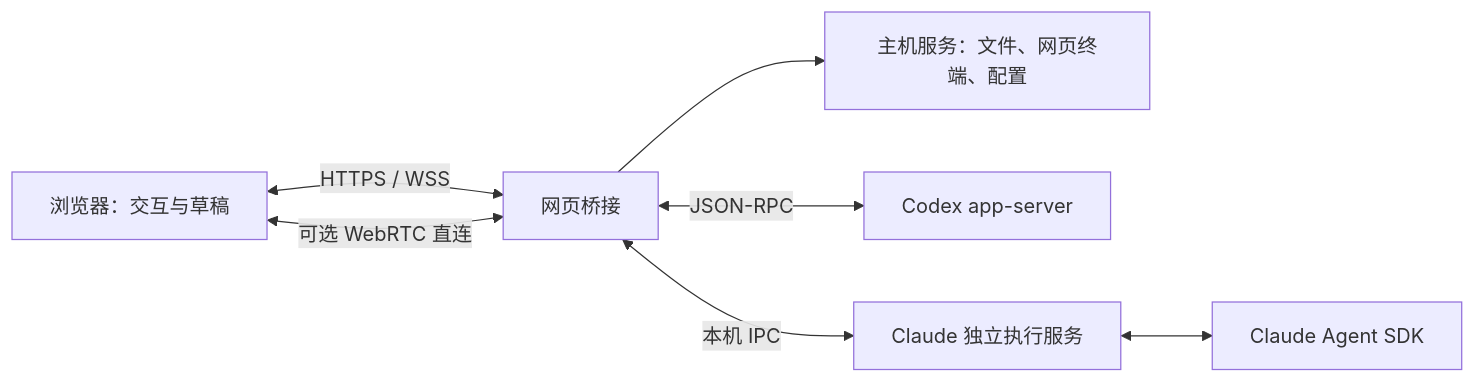
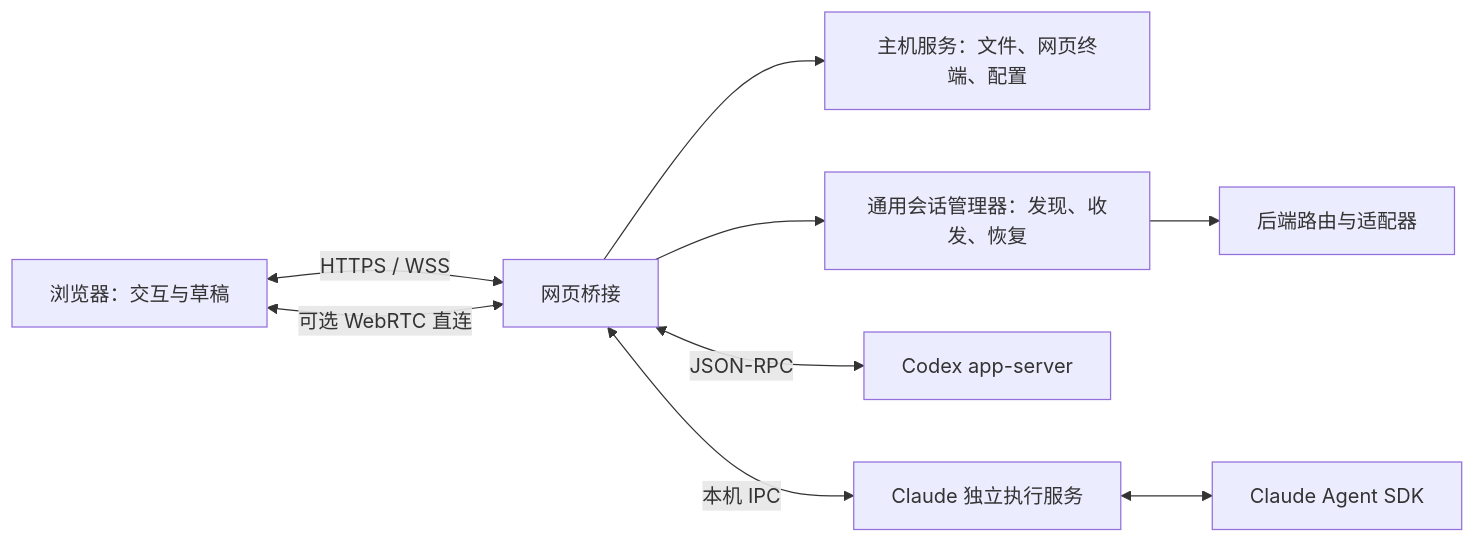
One commit to hjd-hitsz/claudex-web changed the diagram in docs/architecture.md. Above: the diagram before and after it, drawn with Mermaid. The commit also changed other lines of this file and 54 other files, not shown here.

````diff
--- a/docs/architecture.md
+++ b/docs/architecture.md
@@ -9,9 +9,11 @@
 ```mermaid
 flowchart LR
   Browser[浏览器：交互与草稿] <-->|HTTPS / WSS| Web[网页桥接]
   Browser <-->|可选 WebRTC 直连| Web
   Web --> Host[主机服务：文件、网页终端、配置]
+  Web --> Conversations[通用会话管理器：发现、收发、恢复]
+  Conversations --> Router[后端路由与适配器]
   Web <-->|JSON-RPC| Codex[Codex app-server]
   Web <-->|本机 IPC| Worker[Claude 独立执行服务]
   Worker <--> SDK[Claude Agent SDK]
 ```
````
